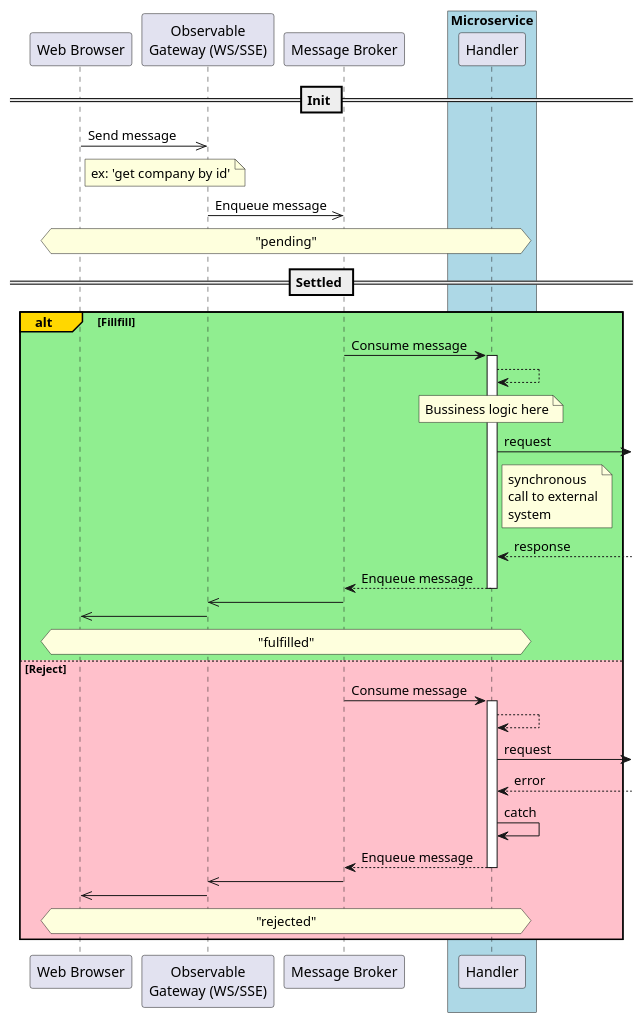
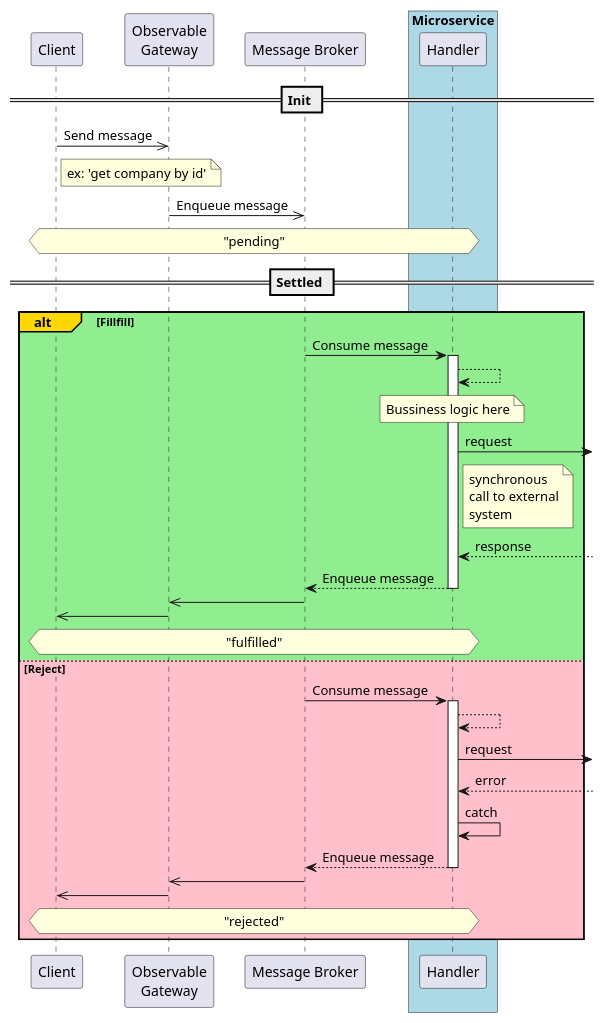
Before and after one commit to komanton/custodian: the diagram in solution-design/distributed-promise/distributed-promise.plantuml, drawn with PlantUML. The commit also changed 1 other file, not shown here.

Commit message:
WebBrower renamed to Client

```diff
--- a/solution-design/distributed-promise/distributed-promise.plantuml
+++ b/solution-design/distributed-promise/distributed-promise.plantuml
@@ -1,56 +1,56 @@
 @startuml
-participant "Web Browser" as WebBrowser
-participant "Observable\nGateway (WS/SSE)" as Gateway
+participant "Client" as Client
+participant "Observable\nGateway" as Gateway
 participant "Message Broker" as MessageBus
 box "Microservice" #LightBlue
 participant "Handler" as Handler
 end box
 
 == Init ==
 
-WebBrowser  ->>  Gateway: Send message
-note right WebBrowser: ex: 'get company by id'
+Client->>  Gateway: Send message
+note right Client: ex: 'get company by id'
 Gateway ->> MessageBus: Enqueue message
 
 hnote across: "pending"
 
 == Settled ==
 
 alt#Gold #LightGreen Fillfill
 
 '== Fullfill ==
 
 MessageBus -> Handler: Consume message
 activate Handler
 Handler --> Handler
 note over Handler: Bussiness logic here
 Handler ->] : request
 note right Handler: synchronous\ncall to external\nsystem 
 Handler <--] : response
 MessageBus <-- Handler : Enqueue message
 deactivate Handler
 Gateway <<- MessageBus
-WebBrowser <<- Gateway
+Client<<- Gateway
 
 hnote across: "fulfilled"
 
 else #Pink Reject
 
 '== Reject ==
 
 MessageBus -> Handler: Consume message
 activate Handler
 Handler --> Handler
 Handler ->] : request
 Handler <--] : error
 Handler -> Handler: catch 
 MessageBus <-- Handler : Enqueue message
 deactivate Handler
 Gateway <<- MessageBus
-WebBrowser <<- Gateway
+Client<<- Gateway
 
 hnote across: "rejected"
 
 end
 
 @enduml
```
